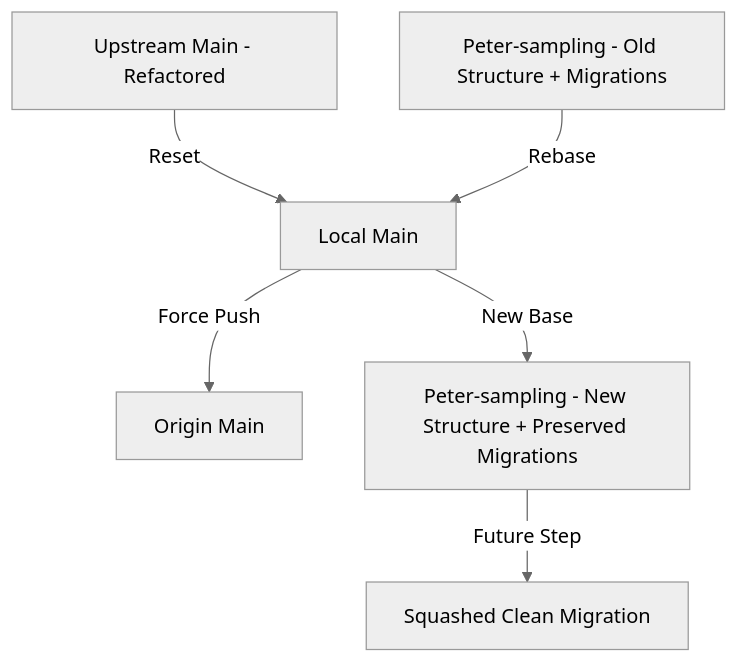
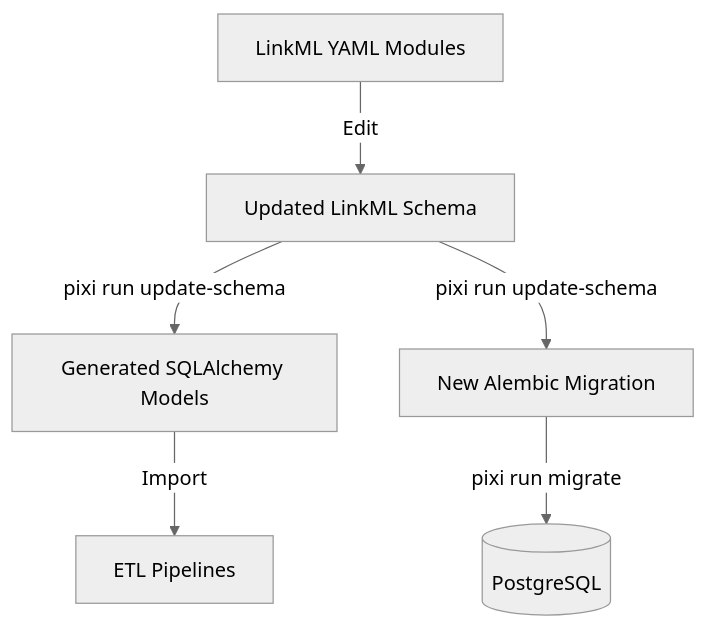
One commit to uw-ssec/ca-biositing changed the diagram in plans/git_cleanup_plan.md. Above: the diagram before and after it, drawn with Mermaid (neutral theme). The commit also changed other lines of this file and 170 other files, not shown here.

````diff
--- a/plans/git_cleanup_plan.md
+++ b/plans/git_cleanup_plan.md
@@ -53,8 +52,8 @@
 ```mermaid
 graph TD
-    U[Upstream Main - Refactored] -->|Reset| L[Local Main]
-    L -->|Force Push| O[Origin Main]
-    P[Peter-sampling - Old Structure + Migrations] -->|Rebase| L
-    L -->|New Base| P_New[Peter-sampling - New Structure + Preserved Migrations]
-    P_New -->|Future Step| Squash[Squashed Clean Migration]
+    YAML[LinkML YAML Modules] -->|Edit| YAML_New[Updated LinkML Schema]
+    YAML_New -->|pixi run update-schema| SQLA[Generated SQLAlchemy Models]
+    YAML_New -->|pixi run update-schema| ALM[New Alembic Migration]
+    SQLA -->|Import| ETL[ETL Pipelines]
+    ALM -->|pixi run migrate| DB[(PostgreSQL)]
 ```
````
